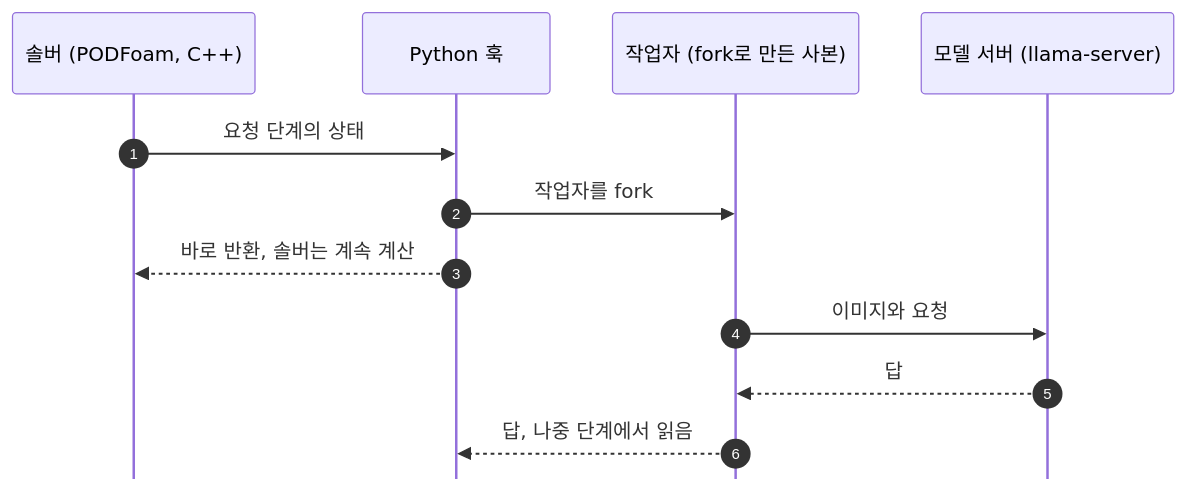
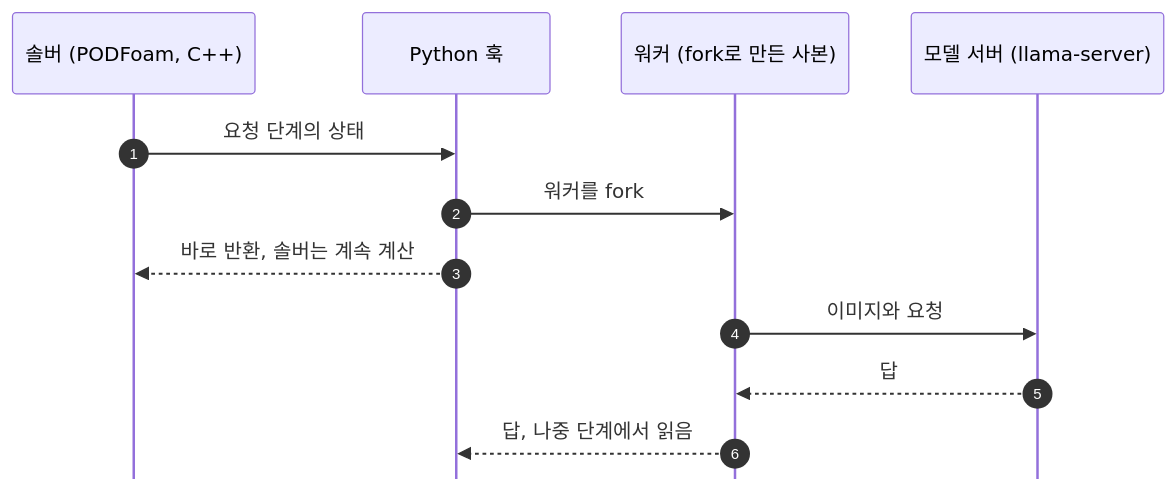
The diagram in README.md (seungminyome/PythonFOAM-Korean), drawn with Mermaid before and after one commit. The commit also changed other lines of this file and 7 other files, not shown here.

````diff
--- a/README.md
+++ b/README.md
@@ -55,15 +55,15 @@
 ```mermaid
 %%{init: {"sequence": {"mirrorActors": false}}}%%
 sequenceDiagram
     autonumber
     participant S as 솔버 (PODFoam, C++)
     participant P as Python 훅
-    participant W as 작업자 (fork로 만든 사본)
+    participant W as 워커 (fork로 만든 사본)
     participant L as 모델 서버 (llama-server)
     S->>P: 요청 단계의 상태
-    P->>W: 작업자를 fork
+    P->>W: 워커를 fork
     P-->>S: 바로 반환, 솔버는 계속 계산
     W->>L: 이미지와 요청
     L-->>W: 답
     W-->>P: 답, 나중 단계에서 읽음
 ```
````
